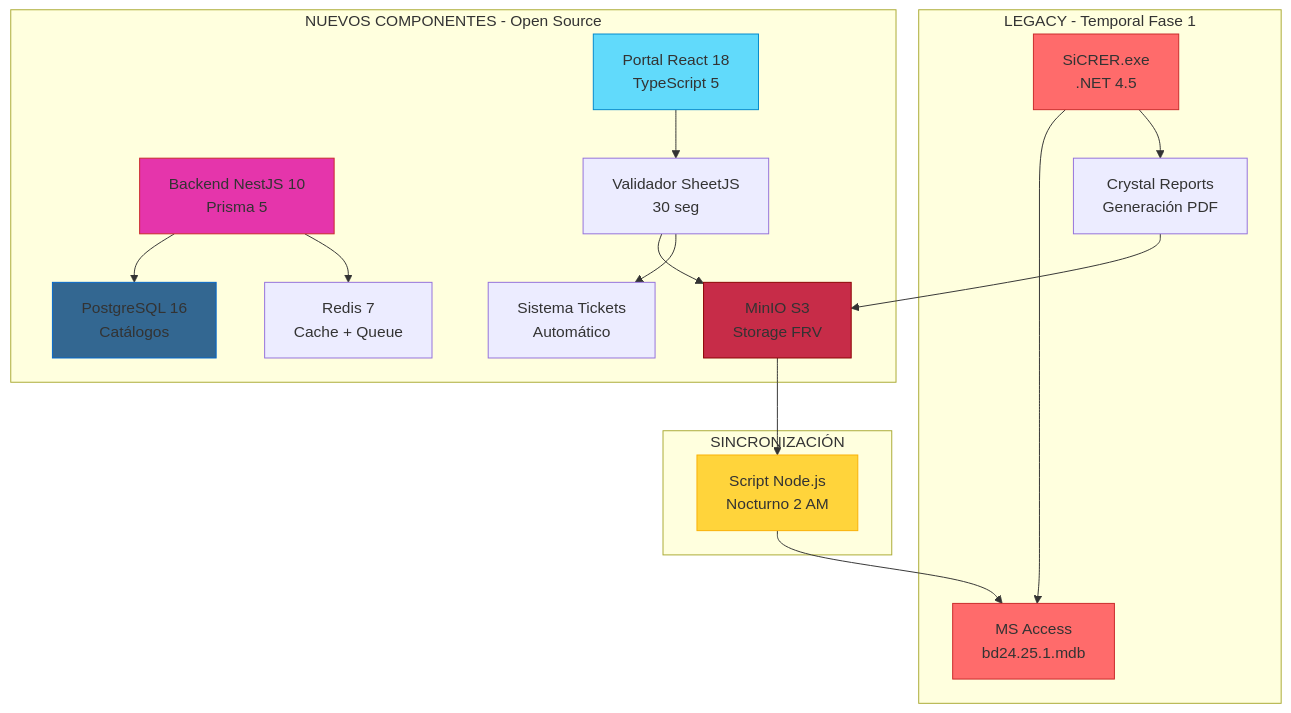
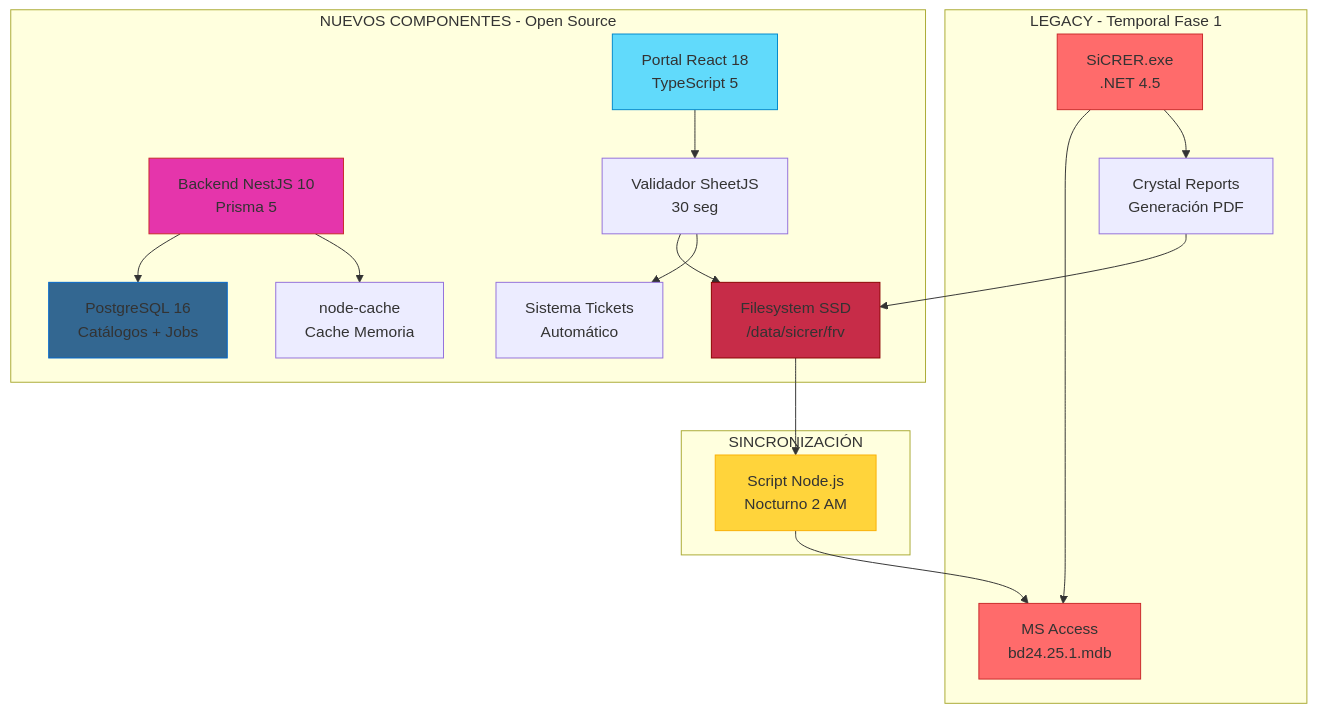
One commit to dleonsystem/sep_evaluacion_diagnostica changed the sixth of 19 diagrams in DASHBOARD_VISUAL.md. Above: the diagram before and after it, drawn with Mermaid. The commit also changed other lines of this file and 6 other files, not shown here.

First line of the commit message:
feat: migrate from MinIO and Redis to Filesystem SSD and node-cache

````diff
--- a/DASHBOARD_VISUAL.md
+++ b/DASHBOARD_VISUAL.md
@@ -130,41 +130,41 @@
 ```mermaid
 graph TB
     subgraph "NUEVOS COMPONENTES - Open Source"
         A1[Portal React 18<br/>TypeScript 5]
         A2[Backend NestJS 10<br/>Prisma 5]
-        A3[PostgreSQL 16<br/>Catálogos]
-        A4[MinIO S3<br/>Storage FRV]
-        A5[Redis 7<br/>Cache + Queue]
+        A3[PostgreSQL 16<br/>Catálogos + Jobs]
+        A4[Filesystem SSD<br/>/data/sicrer/frv]
+        A5[node-cache<br/>Cache Memoria]
         A6[Validador SheetJS<br/>30 seg]
         A7[Sistema Tickets<br/>Automático]
     end
     
     subgraph "LEGACY - Temporal Fase 1"
         B1[SiCRER.exe<br/>.NET 4.5]
         B2[MS Access<br/>bd24.25.1.mdb]
         B3[Crystal Reports<br/>Generación PDF]
     end
     
     subgraph "SINCRONIZACIÓN"
         C1[Script Node.js<br/>Nocturno 2 AM]
     end
     
     A1 --> A6
     A6 --> A4
     A6 --> A7
     A4 --> C1
     C1 --> B2
     B1 --> B2
     B1 --> B3
     B3 --> A4
     A2 --> A3
     A2 --> A5
     
     style A1 fill:#61dafb,stroke:#0088cc
     style A2 fill:#e535ab,stroke:#c92a2a
     style A3 fill:#336791,stroke:#0066cc
     style A4 fill:#c72c48,stroke:#8b0000
     style B1 fill:#ff6b6b,stroke:#c92a2a
     style B2 fill:#ff6b6b,stroke:#c92a2a
     style C1 fill:#ffd43b,stroke:#fab005
 ```
````
